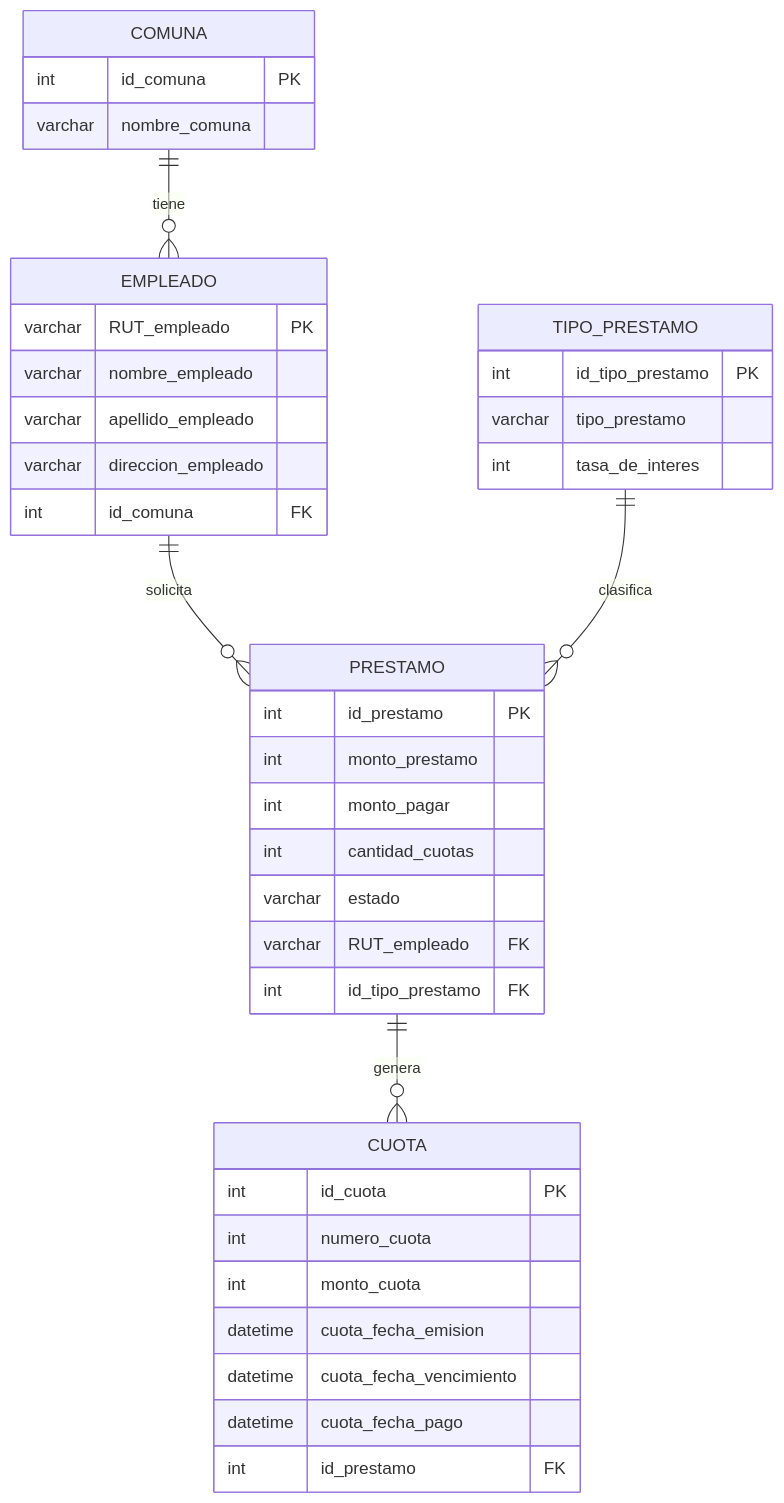
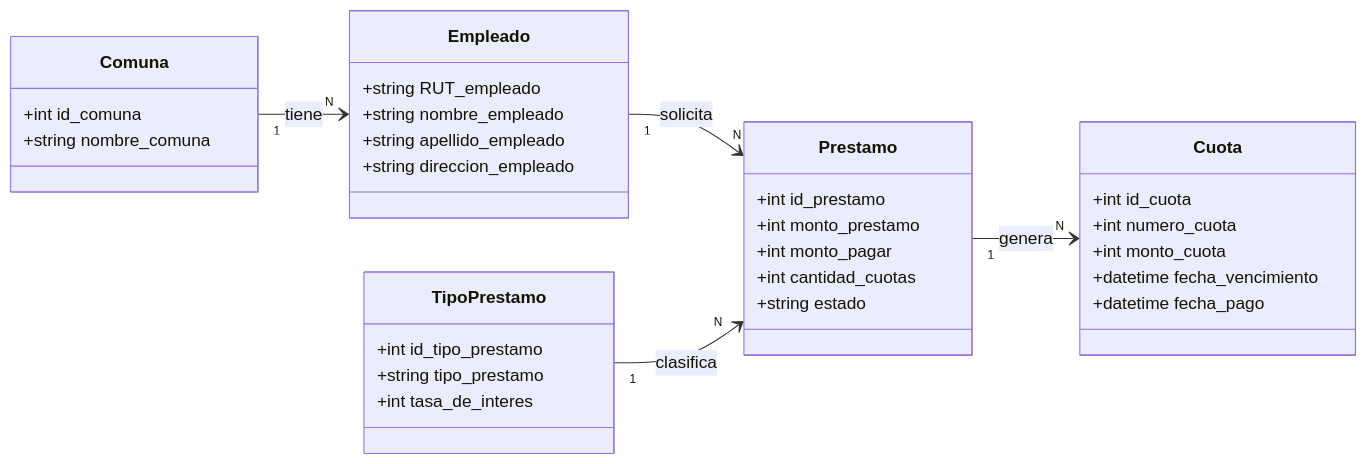
The diagram in README.md (CristobalPinha/Sistema-Prestamos-a-Empleados), drawn with Mermaid before and after one commit.

Commit message:
docs: reemplazar diagrama ERD por classDiagram con layout horizontal

````diff
--- a/README.md
+++ b/README.md
@@ -17,46 +17,43 @@
 ```mermaid
-erDiagram
-    COMUNA {
-        int id_comuna PK
-        varchar nombre_comuna
+classDiagram
+    direction LR
+
+    class Comuna {
+        +int id_comuna
+        +string nombre_comuna
     }
 
-    EMPLEADO {
-        varchar RUT_empleado PK
-        varchar nombre_empleado
-        varchar apellido_empleado
-        varchar direccion_empleado
-        int id_comuna FK
+    class Empleado {
+        +string RUT_empleado
+        +string nombre_empleado
+        +string apellido_empleado
+        +string direccion_empleado
     }
 
-    TIPO_PRESTAMO {
-        int id_tipo_prestamo PK
-        varchar tipo_prestamo
-        int tasa_de_interes
+    class TipoPrestamo {
+        +int id_tipo_prestamo
+        +string tipo_prestamo
+        +int tasa_de_interes
     }
 
-    PRESTAMO {
-        int id_prestamo PK
-        int monto_prestamo
-        int monto_pagar
-        int cantidad_cuotas
-        varchar estado
-        varchar RUT_empleado FK
-        int id_tipo_prestamo FK
+    class Prestamo {
+        +int id_prestamo
+        +int monto_prestamo
+        +int monto_pagar
+        +int cantidad_cuotas
+        +string estado
     }
 
-    CUOTA {
-        int id_cuota PK
-        int numero_cuota
-        int monto_cuota
-        datetime cuota_fecha_emision
-        datetime cuota_fecha_vencimiento
-        datetime cuota_fecha_pago
-        int id_prestamo FK
+    class Cuota {
+        +int id_cuota
+        +int numero_cuota
+        +int monto_cuota
+        +datetime fecha_vencimiento
+        +datetime fecha_pago
     }
 
-    COMUNA ||--o{ EMPLEADO : "tiene"
-    EMPLEADO ||--o{ PRESTAMO : "solicita"
-    TIPO_PRESTAMO ||--o{ PRESTAMO : "clasifica"
-    PRESTAMO ||--o{ CUOTA : "genera"
+    Comuna "1" --> "N" Empleado : tiene
+    Empleado "1" --> "N" Prestamo : solicita
+    TipoPrestamo "1" --> "N" Prestamo : clasifica
+    Prestamo "1" --> "N" Cuota : genera
 ```
````
